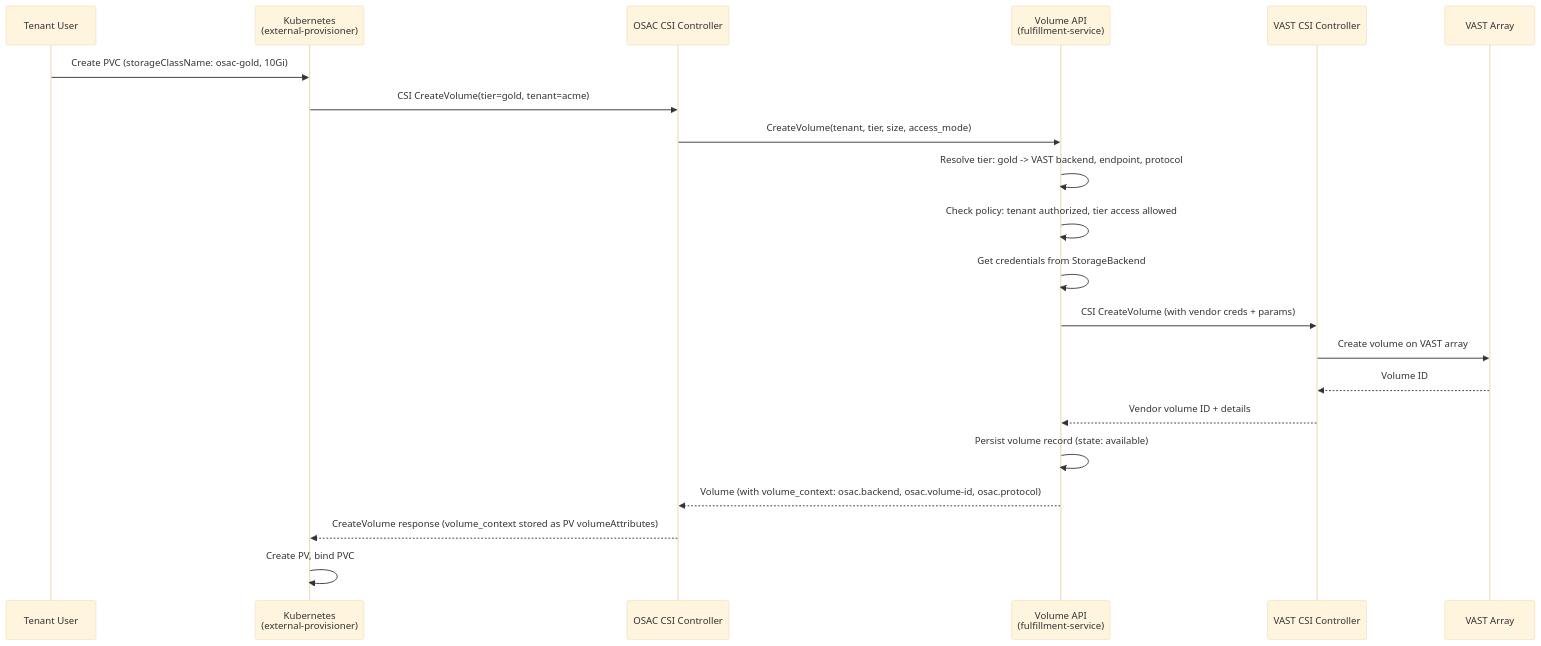
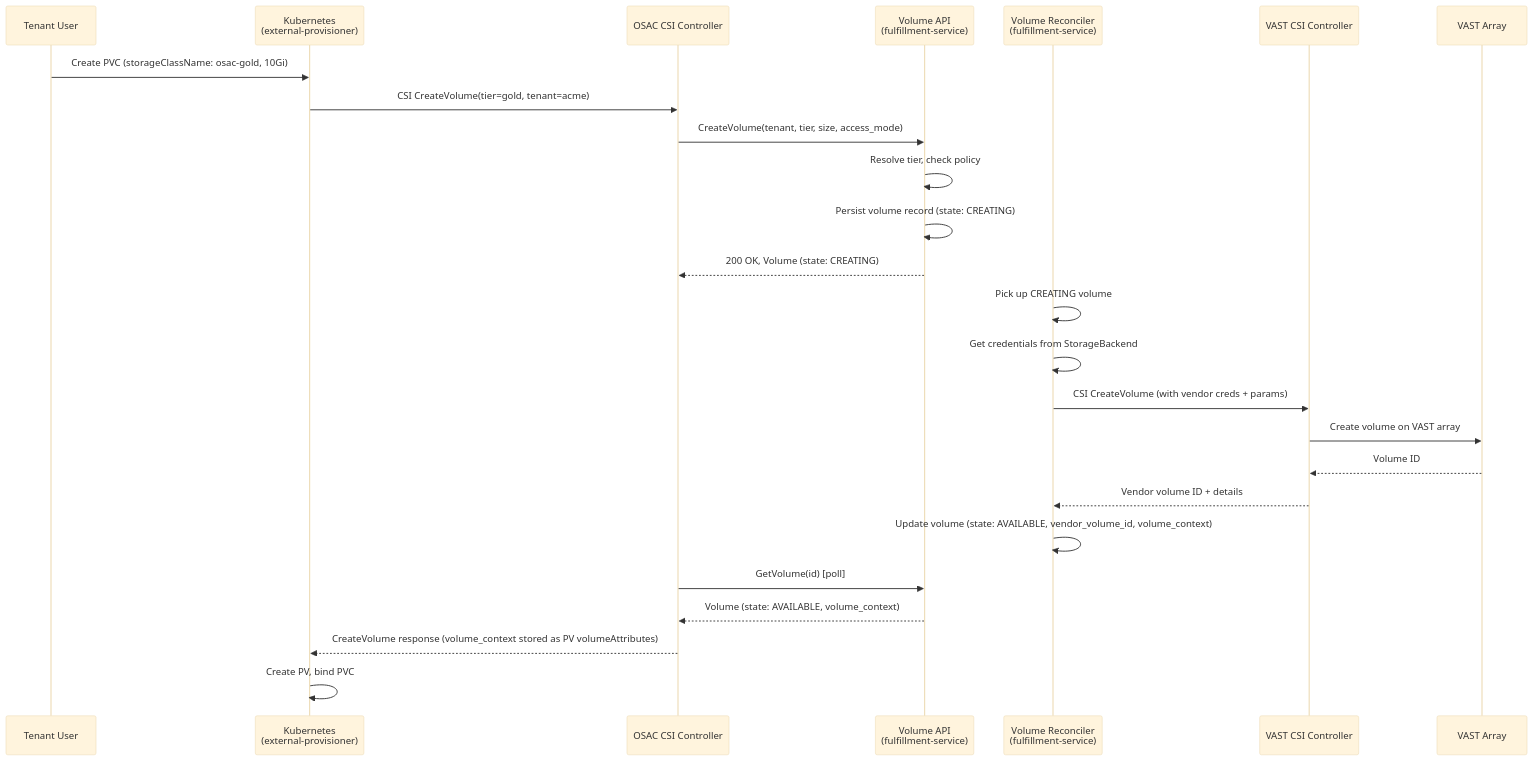
Before and after one commit to osac-project/enhancement-proposals: the second of 2 diagrams in enhancements/OSAC-2872-storage-control-plane/design.md, drawn with Mermaid (base theme). The commit also changed other lines of this file, not shown here.

First line of the commit message:
OSAC-2872: adopt async reconciler model for volume lifecycle

````diff
--- a/enhancements/OSAC-2872-storage-control-plane/design.md
+++ b/enhancements/OSAC-2872-storage-control-plane/design.md
@@ -116,24 +116,30 @@
 ```mermaid
 sequenceDiagram
     participant TU as Tenant User
     participant K8s as Kubernetes<br/>(external-provisioner)
     participant CSI as OSAC CSI Controller
     participant VolAPI as Volume API<br/>(fulfillment-service)
+    participant Reconciler as Volume Reconciler<br/>(fulfillment-service)
     participant VAST as VAST CSI Controller
     participant Array as VAST Array
 
     TU->>K8s: Create PVC (storageClassName: osac-gold, 10Gi)
     K8s->>CSI: CSI CreateVolume(tier=gold, tenant=acme)
     CSI->>VolAPI: CreateVolume(tenant, tier, size, access_mode)
-    VolAPI->>VolAPI: Resolve tier: gold -> VAST backend, endpoint, protocol
-    VolAPI->>VolAPI: Check policy: tenant authorized, tier access allowed
-    VolAPI->>VolAPI: Get credentials from StorageBackend
-    VolAPI->>VAST: CSI CreateVolume (with vendor creds + params)
+    VolAPI->>VolAPI: Resolve tier, check policy
+    VolAPI->>VolAPI: Persist volume record (state: CREATING)
+    VolAPI-->>CSI: 200 OK, Volume (state: CREATING)
+
+    Reconciler->>Reconciler: Pick up CREATING volume
+    Reconciler->>Reconciler: Get credentials from StorageBackend
+    Reconciler->>VAST: CSI CreateVolume (with vendor creds + params)
     VAST->>Array: Create volume on VAST array
     Array-->>VAST: Volume ID
-    VAST-->>VolAPI: Vendor volume ID + details
-    VolAPI->>VolAPI: Persist volume record (state: available)
-    VolAPI-->>CSI: Volume (with volume_context: osac.backend, osac.volume-id, osac.protocol)
+    VAST-->>Reconciler: Vendor volume ID + details
+    Reconciler->>Reconciler: Update volume (state: AVAILABLE, vendor_volume_id, volume_context)
+
+    CSI->>VolAPI: GetVolume(id) [poll]
+    VolAPI-->>CSI: Volume (state: AVAILABLE, volume_context)
     CSI-->>K8s: CreateVolume response (volume_context stored as PV volumeAttributes)
     K8s->>K8s: Create PV, bind PVC
 ```
````
